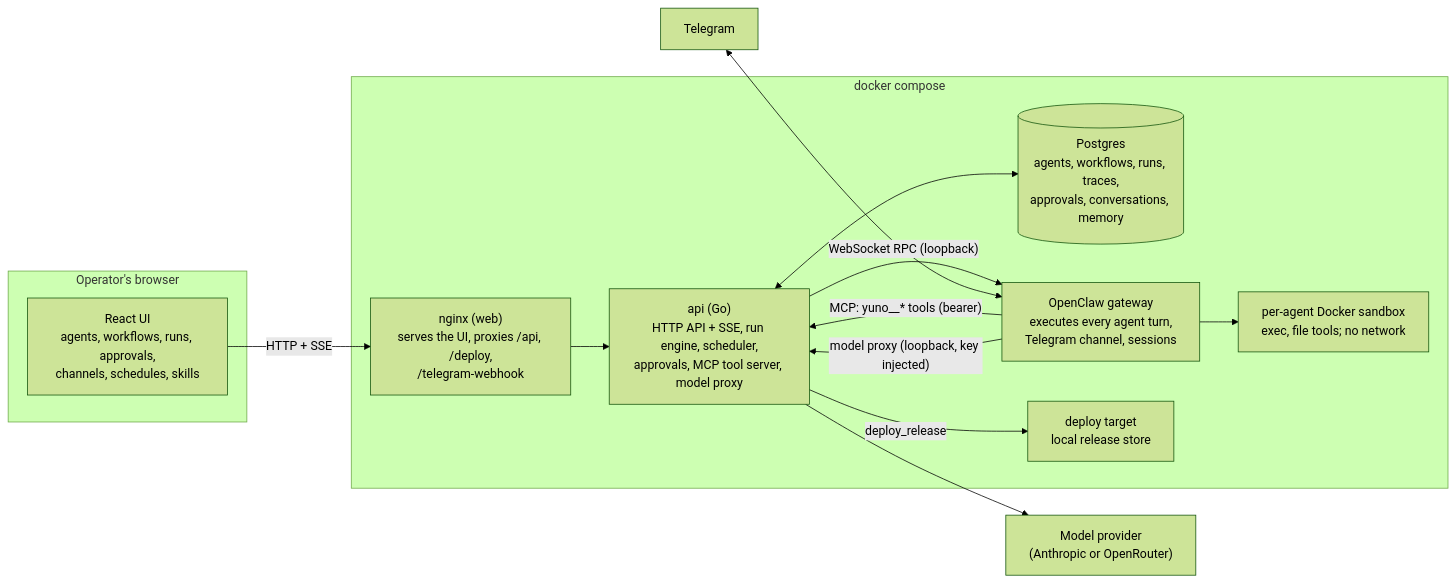
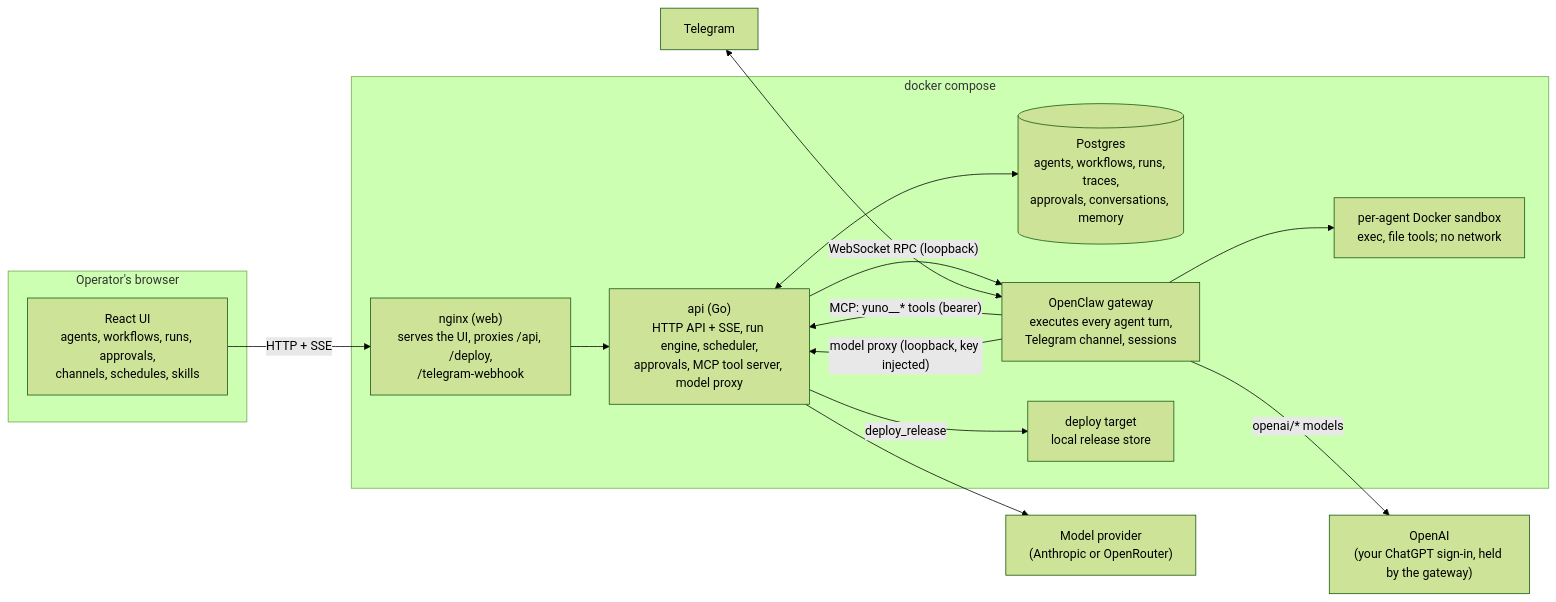
The diagram in README.md (hdxsfbr/yuno-agent-orchestration), drawn with Mermaid (forest theme) before and after one commit. The commit also changed other lines of this file and 25 other files, not shown here.

````diff
--- a/README.md
+++ b/README.md
@@ -562,24 +581,26 @@
 ```mermaid
 flowchart LR
   subgraph browser["Operator's browser"]
     UI["React UI<br/>agents, workflows, runs, approvals,<br/>channels, schedules, skills"]
   end
   subgraph compose["docker compose"]
     WEB["nginx (web)<br/>serves the UI, proxies /api, /deploy,<br/>/telegram-webhook"]
     API["api (Go)<br/>HTTP API + SSE, run engine, scheduler,<br/>approvals, MCP tool server, model proxy"]
     PG[("Postgres<br/>agents, workflows, runs, traces,<br/>approvals, conversations, memory")]
     GW["OpenClaw gateway<br/>executes every agent turn,<br/>Telegram channel, sessions"]
     SBX["per-agent Docker sandbox<br/>exec, file tools; no network"]
     DT["deploy target<br/>local release store"]
   end
   TG["Telegram"]
   LLM["Model provider<br/>(Anthropic or OpenRouter)"]
+  OAI["OpenAI<br/>(your ChatGPT sign-in, held by the gateway)"]
   UI -- "HTTP + SSE" --> WEB --> API
   API <--> PG
   API -- "WebSocket RPC (loopback)" --> GW
   GW -- "MCP: yuno__* tools (bearer)" --> API
   GW -- "model proxy (loopback, key injected)" --> API --> LLM
+  GW -- "openai/* models" --> OAI
   GW --> SBX
   API -- "deploy_release" --> DT
   TG <--> GW
 ```
````
